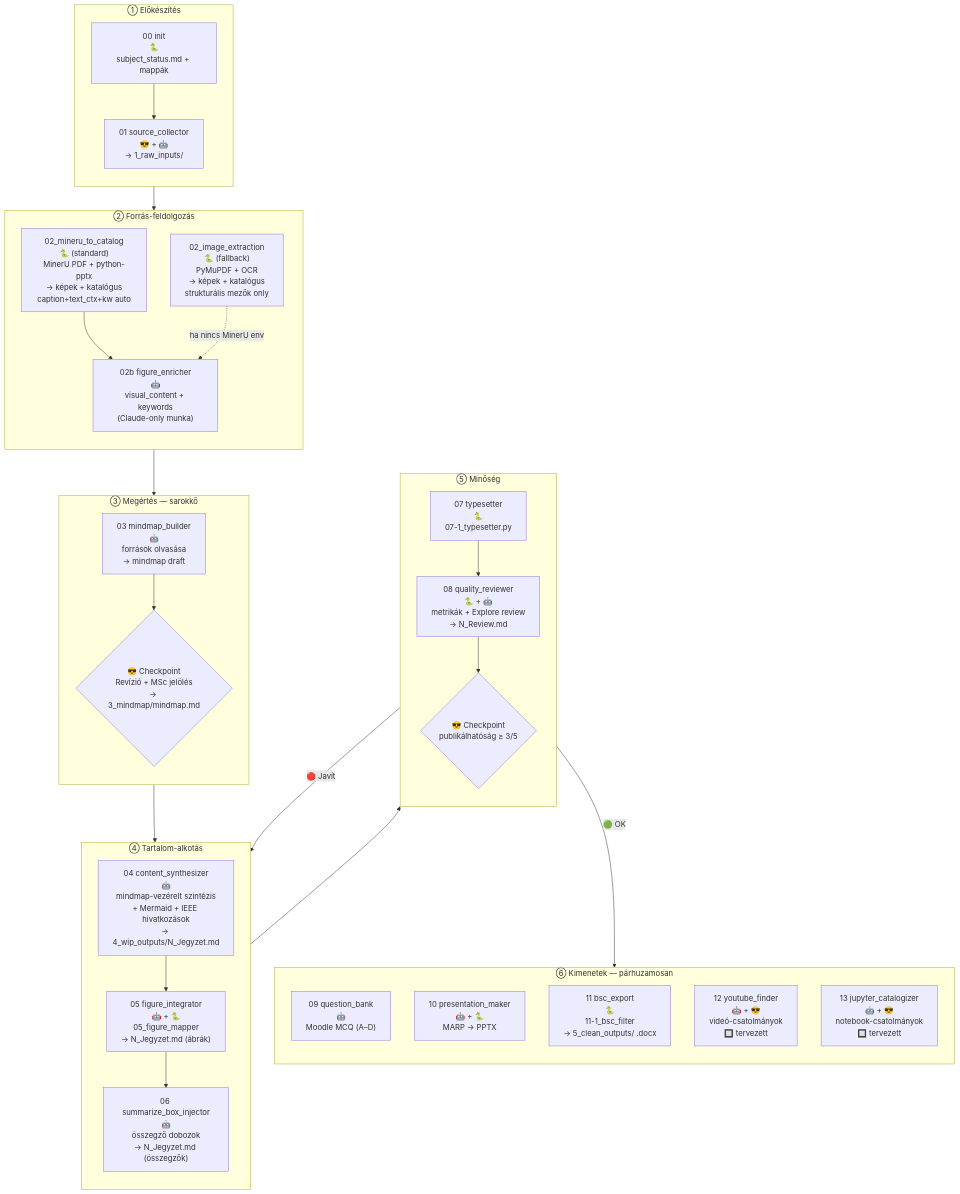
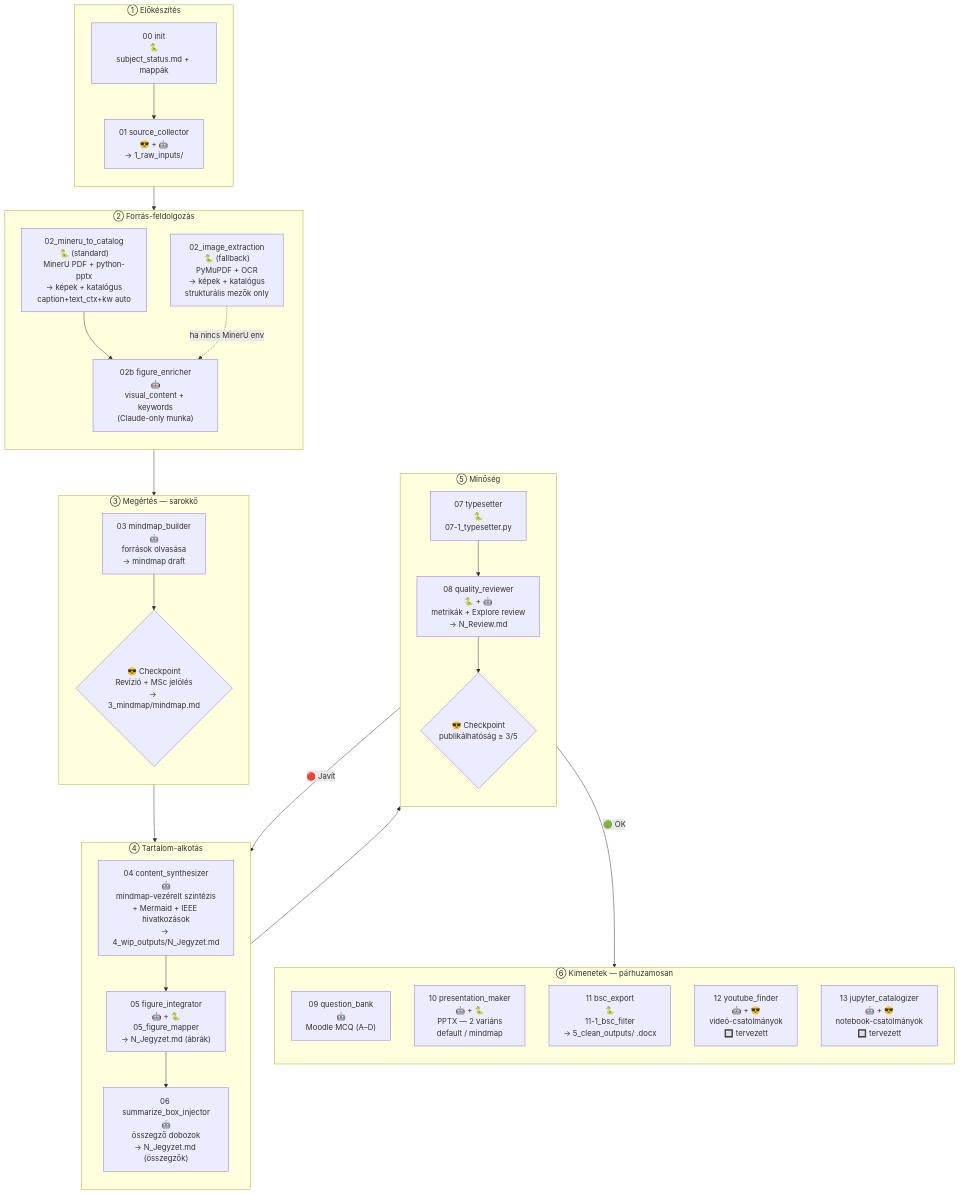
The diagram in .claude/pipeline.md (InutilemMachina/claude_course), drawn with Mermaid before and after one commit. The commit also changed other lines of this file and 27 other files, not shown here.

First line of the commit message:
presentation_maker: két variáns (default/mindmap), natív OMML, képek FIT módban

````diff
--- a/.claude/pipeline.md
+++ b/.claude/pipeline.md
@@ -51,54 +51,54 @@
 ```mermaid
 flowchart TD
     subgraph INIT["① Előkészítés"]
         direction TB
         I0["00 init<br>🐍<br>subject_status.md + mappák"]
         I1["01 source_collector<br>😎 + 🤖<br>→ 1_raw_inputs/"]
         I0 --> I1
     end
 
     subgraph EXT["② Forrás-feldolgozás"]
         direction TB
         E1m["02_mineru_to_catalog<br>🐍 (standard)<br>MinerU PDF + python-pptx<br>→ képek + katalógus<br>caption+text_ctx+kw auto"]
         E1["02_image_extraction<br>🐍 (fallback)<br>PyMuPDF + OCR<br>→ képek + katalógus<br>strukturális mezők only"]
         E2["02b figure_enricher<br>🤖<br>visual_content + keywords<br>(Claude-only munka)"]
         E1m --> E2
         E1 -.->|"ha nincs MinerU env"| E2
     end
 
     subgraph UNDERSTAND["③ Megértés — sarokkő"]
         direction TB
         U1["03 mindmap_builder<br>🤖<br>források olvasása<br>→ mindmap draft"]
         U2{"😎 Checkpoint<br>Revízió + MSc jelölés<br>→ 3_mindmap/mindmap.md"}
         U1 --> U2
     end
 
     subgraph CREATE["④ Tartalom-alkotás"]
         direction TB
         C1["04 content_synthesizer<br>🤖<br>mindmap-vezérelt szintézis<br>+ Mermaid + IEEE hivatkozások<br>→ 4_wip_outputs/N_Jegyzet.md"]
         C2["05 figure_integrator<br>🤖 + 🐍<br>05_figure_mapper<br>→ N_Jegyzet.md (ábrák)"]
         C3["06 summarize_box_injector<br>🤖<br>összegző dobozok<br>→ N_Jegyzet.md (összegzők)"]
         C1 --> C2 --> C3
     end
 
     subgraph QUALITY["⑤ Minőség"]
         direction TB
         Q1["07 typesetter<br>🐍<br>07-1_typesetter.py"]
         Q2["08 quality_reviewer<br>🐍 + 🤖<br>metrikák + Explore review<br>→ N_Review.md"]
         Q3{"😎 Checkpoint<br>publikálhatóság ≥ 3/5"}
         Q1 --> Q2 --> Q3
     end
 
     subgraph OUTPUT["⑥ Kimenetek — párhuzamosan"]
         direction TB
         O1["09 question_bank<br>🤖<br>Moodle MCQ (A–D)"]
-        O2["10 presentation_maker<br>🤖 + 🐍<br>MARP → PPTX"]
+        O2["10 presentation_maker<br>🤖 + 🐍<br>PPTX — 2 variáns<br>default / mindmap"]
         O3["11 bsc_export<br>🐍<br>11-1_bsc_filter<br>→ 5_clean_outputs/ .docx"]
         O4["12 youtube_finder<br>🤖 + 😎<br>videó-csatolmányok<br>🔲 tervezett"]
         O5["13 jupyter_catalogizer<br>🤖 + 😎<br>notebook-csatolmányok<br>🔲 tervezett"]
     end
 
     INIT --> EXT --> UNDERSTAND --> CREATE --> QUALITY
     Q3 -->|"🟢 OK"| OUTPUT
     Q3 -->|"🔴 Javít"| CREATE
 ```
````
